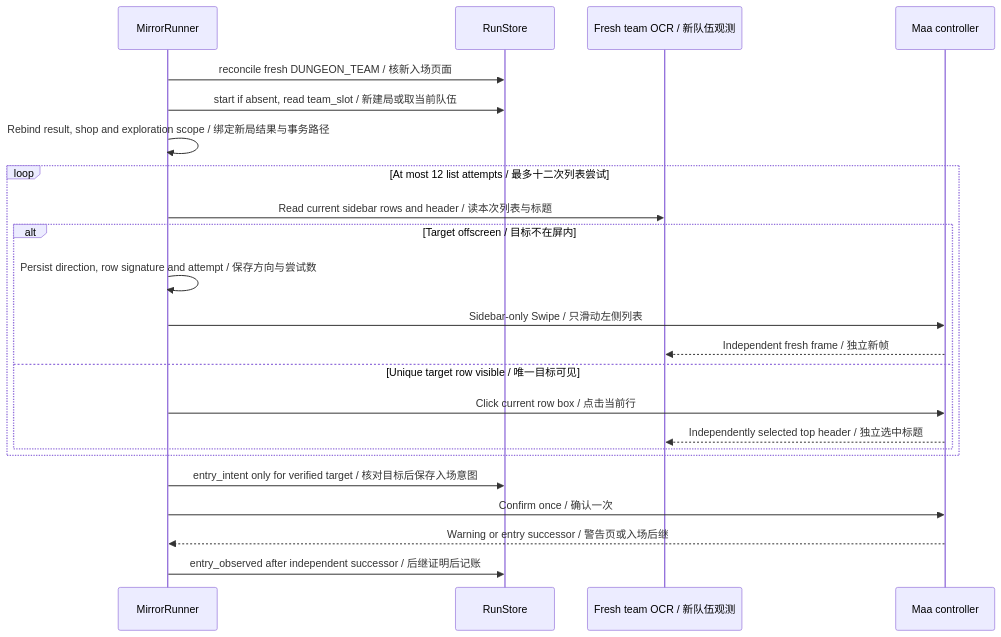
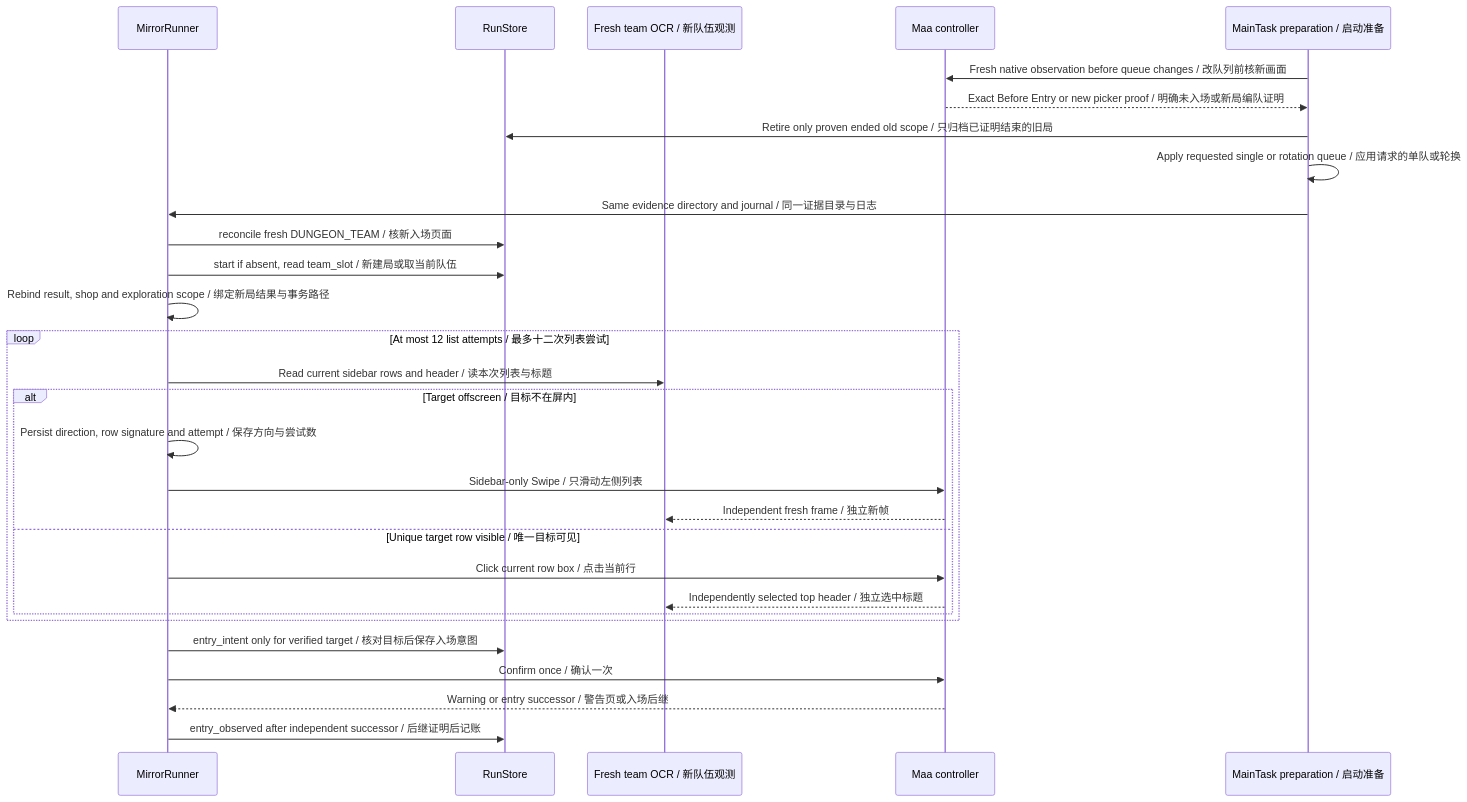
Before and after one commit to sairaisaika/MaaLimbus: the sixth of 17 diagrams in docs/wiki/en_us/4-business-flows.md, drawn with Mermaid. The commit also changed other lines of this file and 11 other files, not shown here.

Commit message:
Reconcile ended Mirror scopes before applying GUI team choices

````diff
--- a/docs/wiki/en_us/4-business-flows.md
+++ b/docs/wiki/en_us/4-business-flows.md
@@ -224,25 +224,31 @@
 ```mermaid
 sequenceDiagram
   participant R as MirrorRunner
   participant L as RunStore
   participant V as Fresh team OCR / 新队伍观测
   participant M as Maa controller
+  participant A as MainTask preparation / 启动准备
+  A->>M: Fresh native observation before queue changes / 改队列前核新画面
+  M-->>A: Exact Before Entry or new picker proof / 明确未入场或新局编队证明
+  A->>L: Retire only proven ended old scope / 只归档已证明结束的旧局
+  A->>A: Apply requested single or rotation queue / 应用请求的单队或轮换
+  A->>R: Same evidence directory and journal / 同一证据目录与日志
   R->>L: reconcile fresh DUNGEON_TEAM / 核新入场页面
   R->>L: start if absent, read team_slot / 新建局或取当前队伍
   R->>R: Rebind result, shop and exploration scope / 绑定新局结果与事务路径
   loop At most 12 list attempts / 最多十二次列表尝试
     R->>V: Read current sidebar rows and header / 读本次列表与标题
     alt Target offscreen / 目标不在屏内
       R->>R: Persist direction, row signature and attempt / 保存方向与尝试数
       R->>M: Sidebar-only Swipe / 只滑动左侧列表
       M-->>V: Independent fresh frame / 独立新帧
     else Unique target row visible / 唯一目标可见
       R->>M: Click current row box / 点击当前行
       M-->>V: Independently selected top header / 独立选中标题
     end
   end
   R->>L: entry_intent only for verified target / 核对目标后保存入场意图
   R->>M: Confirm once / 确认一次
   M-->>R: Warning or entry successor / 警告页或入场后继
   R->>L: entry_observed after independent successor / 后继证明后记账
 ```
````
